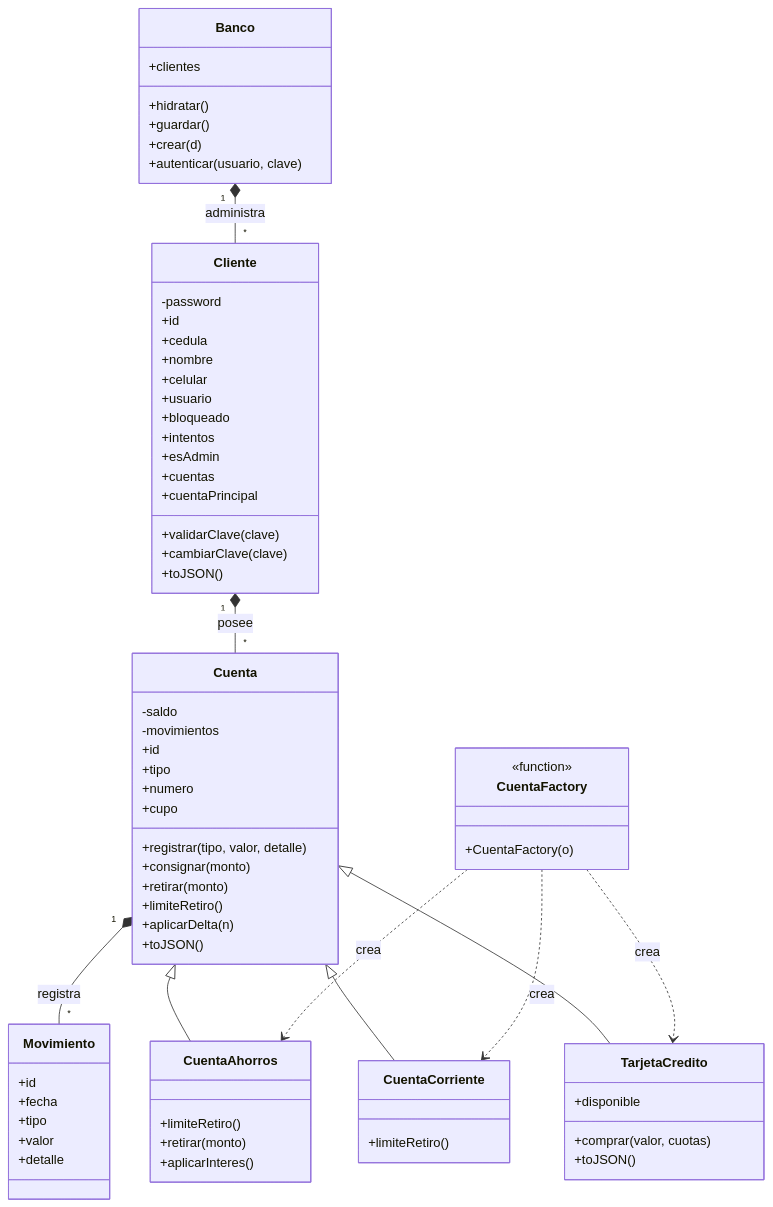
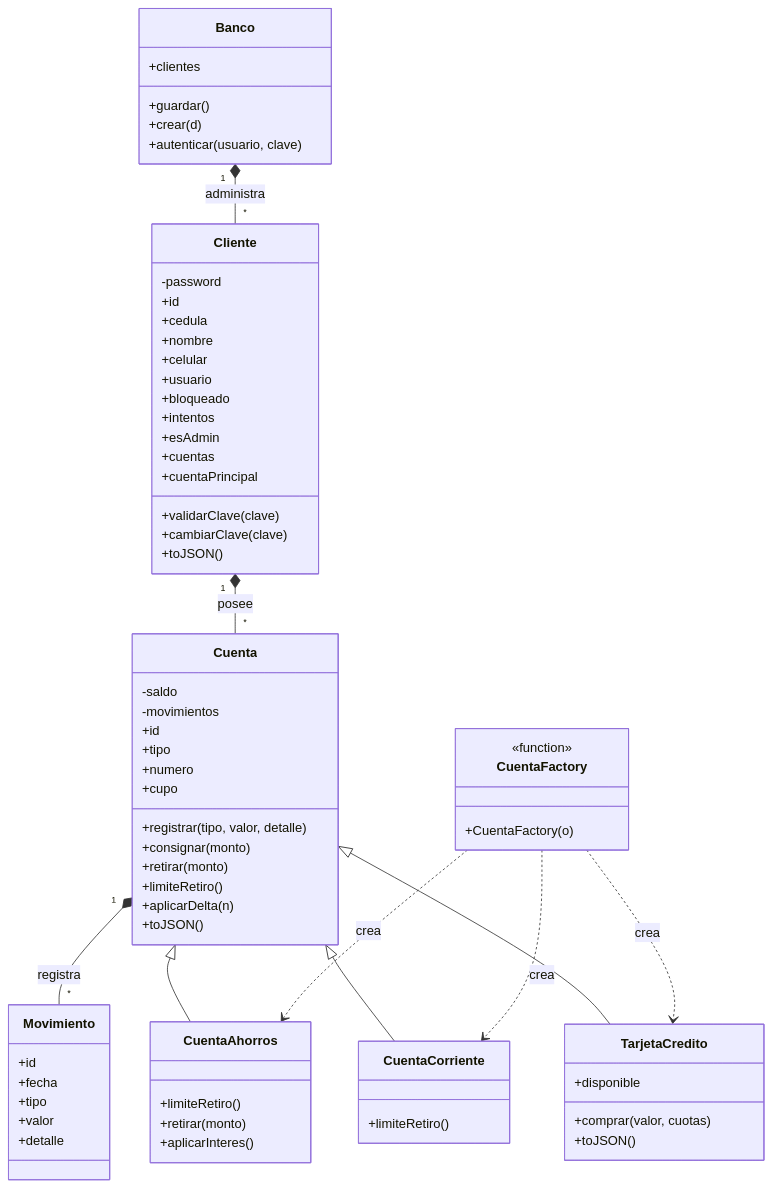
The diagram in README.md (Brazca/MiplataFrontend), drawn with Mermaid before and after one commit.

Commit message:
Remove 'hidratar' method from Banco class
Removed the 'hidratar' method from the Banco class.

````diff
--- a/README.md
+++ b/README.md
@@ -3,81 +3,80 @@
 ```mermaid
 classDiagram
     class Banco {
         +clientes
-        +hidratar()
         +guardar()
         +crear(d)
         +autenticar(usuario, clave)
     }
 
     class Cliente {
         -password
         +id
         +cedula
         +nombre
         +celular
         +usuario
         +bloqueado
         +intentos
         +esAdmin
         +cuentas
         +validarClave(clave)
         +cambiarClave(clave)
         +cuentaPrincipal
         +toJSON()
     }
 
     class Cuenta {
         -saldo
         -movimientos
         +id
         +tipo
         +numero
         +cupo
         +registrar(tipo, valor, detalle)
         +consignar(monto)
         +retirar(monto)
         +limiteRetiro()
         +aplicarDelta(n)
         +toJSON()
     }
 
     class CuentaAhorros {
         +limiteRetiro()
         +retirar(monto)
         +aplicarInteres()
     }
 
     class CuentaCorriente {
         +limiteRetiro()
     }
 
     class TarjetaCredito {
         +disponible
         +comprar(valor, cuotas)
         +toJSON()
     }
 
     class Movimiento {
         +id
         +fecha
         +tipo
         +valor
         +detalle
     }
 
     class CuentaFactory {
         <<function>>
         +CuentaFactory(o)
     }
 
     Banco "1" *-- "*" Cliente : administra
     Cliente "1" *-- "*" Cuenta : posee
     Cuenta "1" *-- "*" Movimiento : registra
     Cuenta <|-- CuentaAhorros
     Cuenta <|-- CuentaCorriente
     Cuenta <|-- TarjetaCredito
     CuentaFactory ..> CuentaAhorros : crea
     CuentaFactory ..> CuentaCorriente : crea
     CuentaFactory ..> TarjetaCredito : crea
 ```
````
